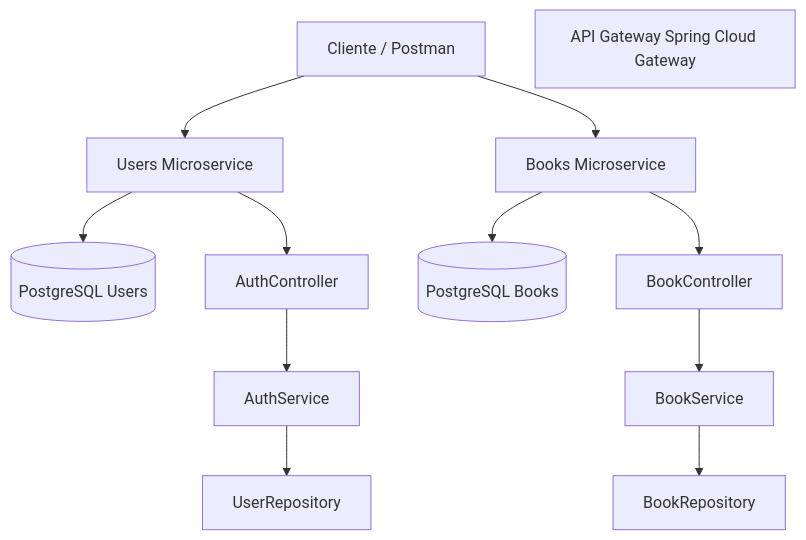
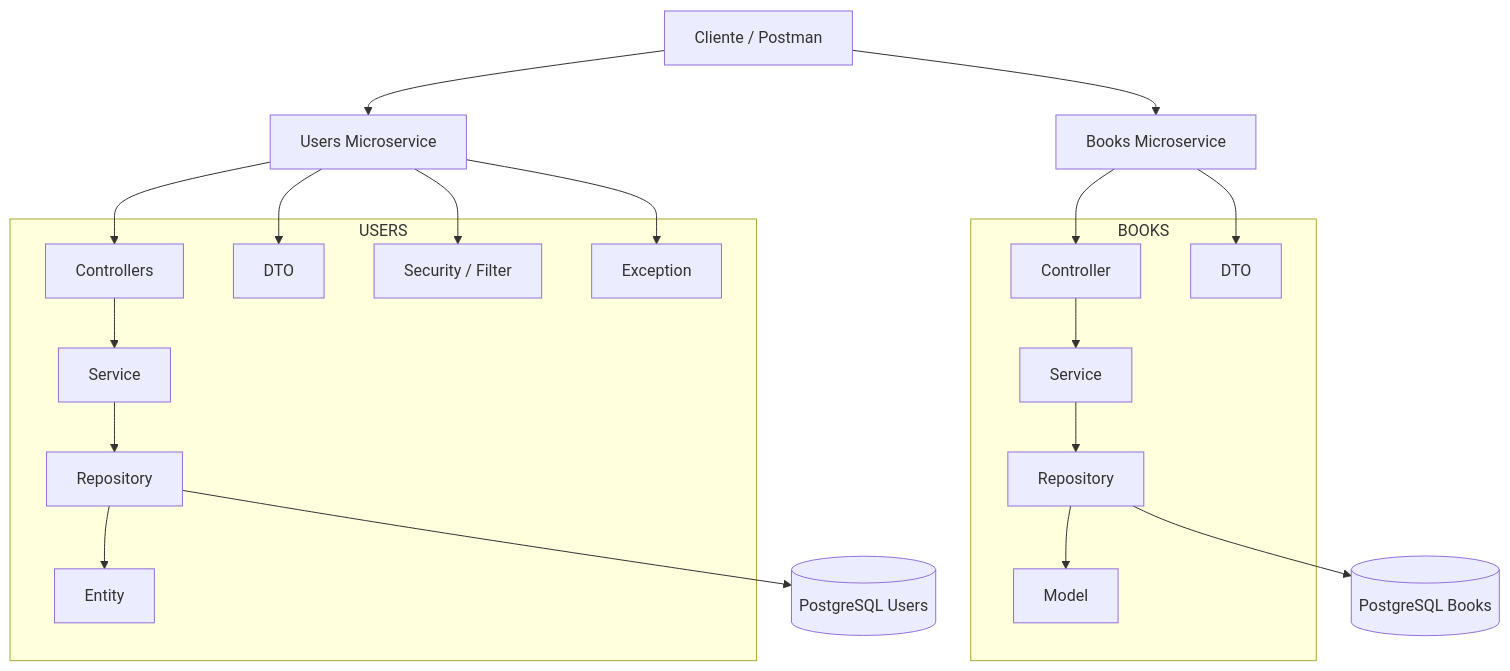
The diagram in README.md (igmoyah-lab/SystemLibrary), drawn with Mermaid before and after one commit. The commit also changed 3 other files, not shown here.

````diff
--- a/README.md
+++ b/README.md
@@ -49,20 +49,44 @@
 ```mermaid
 flowchart TD
 
 A["Cliente / Postman"]
-Gateway[API Gateway Spring Cloud Gateway]
 
 A --> B["Users Microservice"]
 A --> C["Books Microservice"]
 
-B --> D[("PostgreSQL Users")]
-C --> E[("PostgreSQL Books")]
+subgraph USERS
+F["Controllers"]
+G["Service"]
+H["Repository"]
+I["Entity"]
+J["DTO"]
+K["Security / Filter"]
+L["Exception"]
+end
 
-B --> F["AuthController"]
-F --> G["AuthService"]
-G --> H["UserRepository"]
+subgraph BOOKS
+M["Controller"]
+N["Service"]
+O["Repository"]
+P["Model"]
+Q["DTO"]
+end
 
-C --> I["BookController"]
-I --> J["BookService"]
-J --> K["BookRepository"]
+B --> F
+F --> G
+G --> H
+H --> I
+
+B --> J
+B --> K
+B --> L
+
+C --> M
+M --> N
+N --> O
+O --> P
+C --> Q
+
+H --> R[("PostgreSQL Users")]
+O --> S[("PostgreSQL Books")]
 ```
````
